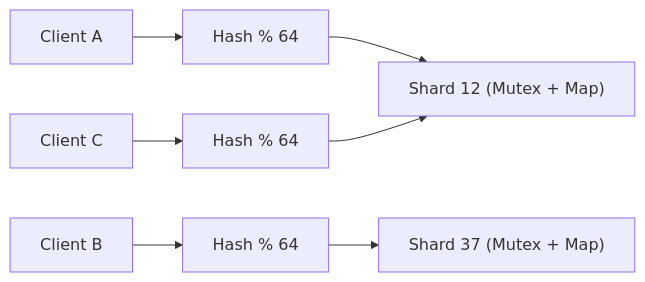
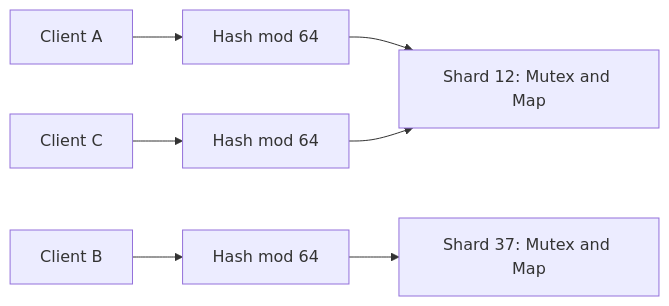
One commit to Dharmraj06/High-Performance-Rate-Limiter changed the third of 5 diagrams in README.md. Above: the diagram before and after it, drawn with Mermaid. The commit also changed other lines of this file, not shown here.

````diff
--- a/README.md
+++ b/README.md
@@ -101,6 +107,11 @@
 ```mermaid
 flowchart LR
-    ClientA[Client A] --> HashA[Hash % 64] --> Shard12["Shard 12 (Mutex + Map)"]
-    ClientB[Client B] --> HashB[Hash % 64] --> Shard37["Shard 37 (Mutex + Map)"]
-    ClientC[Client C] --> HashC[Hash % 64] --> Shard12
+    ClientA[Client A] --> HashA[Hash mod 64]
+    HashA --> Shard12[Shard 12: Mutex and Map]
+
+    ClientB[Client B] --> HashB[Hash mod 64]
+    HashB --> Shard37[Shard 37: Mutex and Map]
+
+    ClientC[Client C] --> HashC[Hash mod 64]
+    HashC --> Shard12
 ```
````
